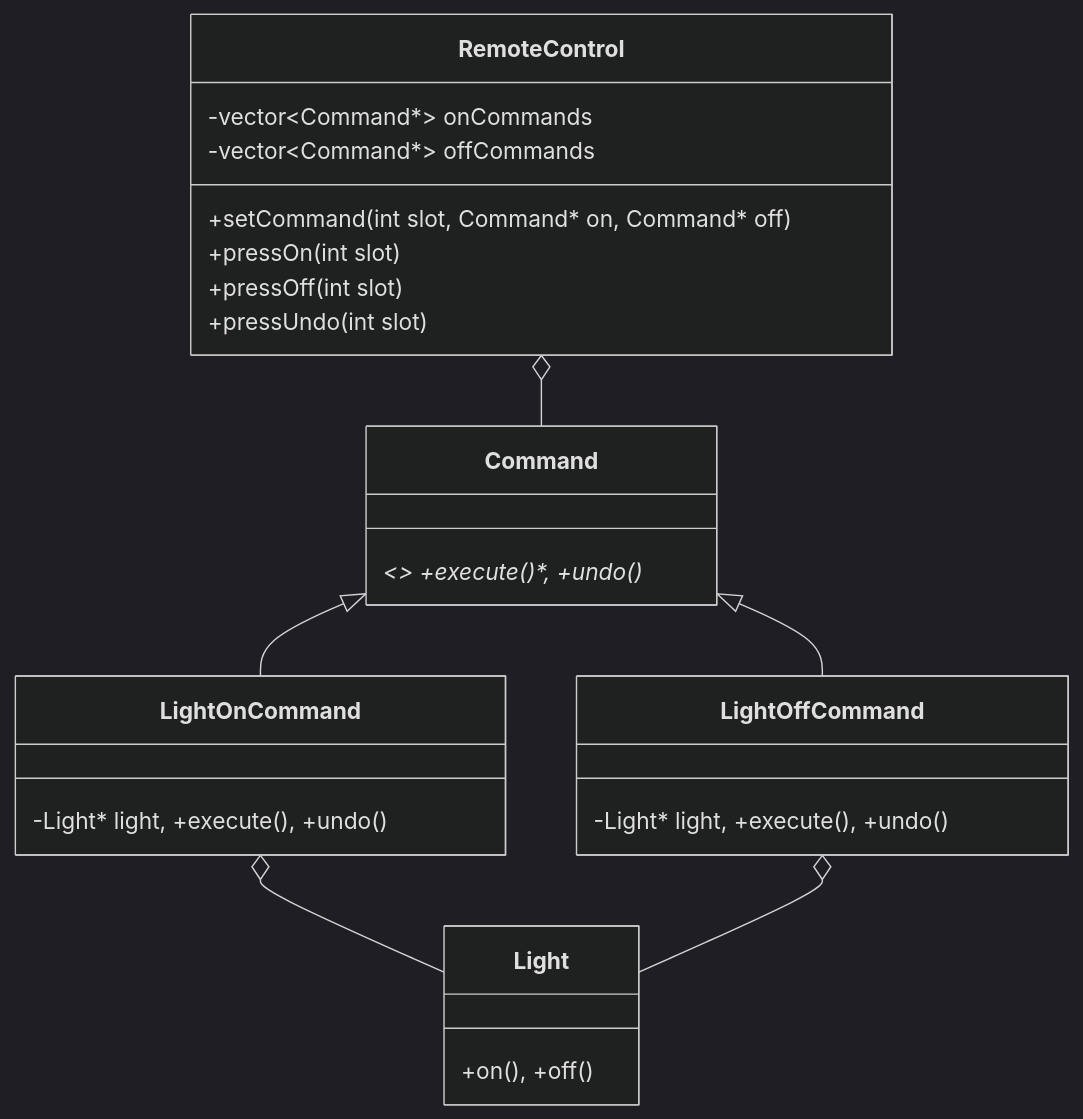
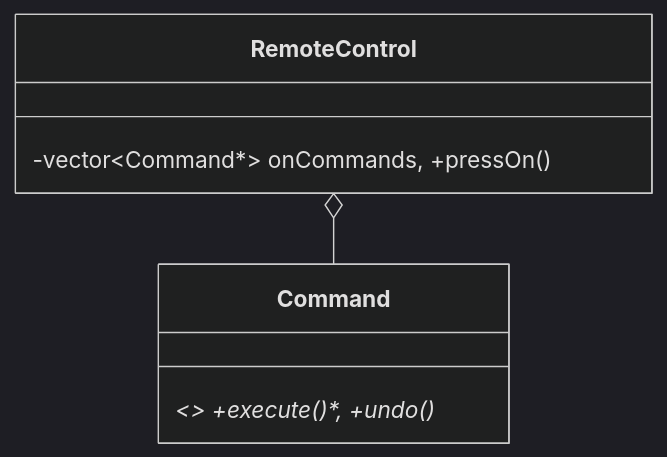
One commit to divyap271/systemDesign changed diagram 17 of 22 in readme.md. Above: the diagram before and after it, drawn with Mermaid (dark theme). The commit also changed other lines of this file, not shown here.

````diff
--- a/readme.md
+++ b/readme.md
@@ -349,20 +220,6 @@
 ```mermaid
 classDiagram
     class Command { <<interface>> +execute()*, +undo()* }
-    class LightOnCommand { -Light* light, +execute(), +undo() }
-    class LightOffCommand { -Light* light, +execute(), +undo() }
-    class Light { +on(), +off() }
-    class RemoteControl {
-        -vector~Command*~ onCommands
-        -vector~Command*~ offCommands
-        +setCommand(int slot, Command* on, Command* off)
-        +pressOn(int slot)
-        +pressOff(int slot)
-        +pressUndo(int slot)
-    }
-    Command <|-- LightOnCommand
-    Command <|-- LightOffCommand
-    LightOnCommand o-- Light
-    LightOffCommand o-- Light
+    class RemoteControl { -vector~Command*~ onCommands, +pressOn() }
     RemoteControl o-- Command
 ```
````
